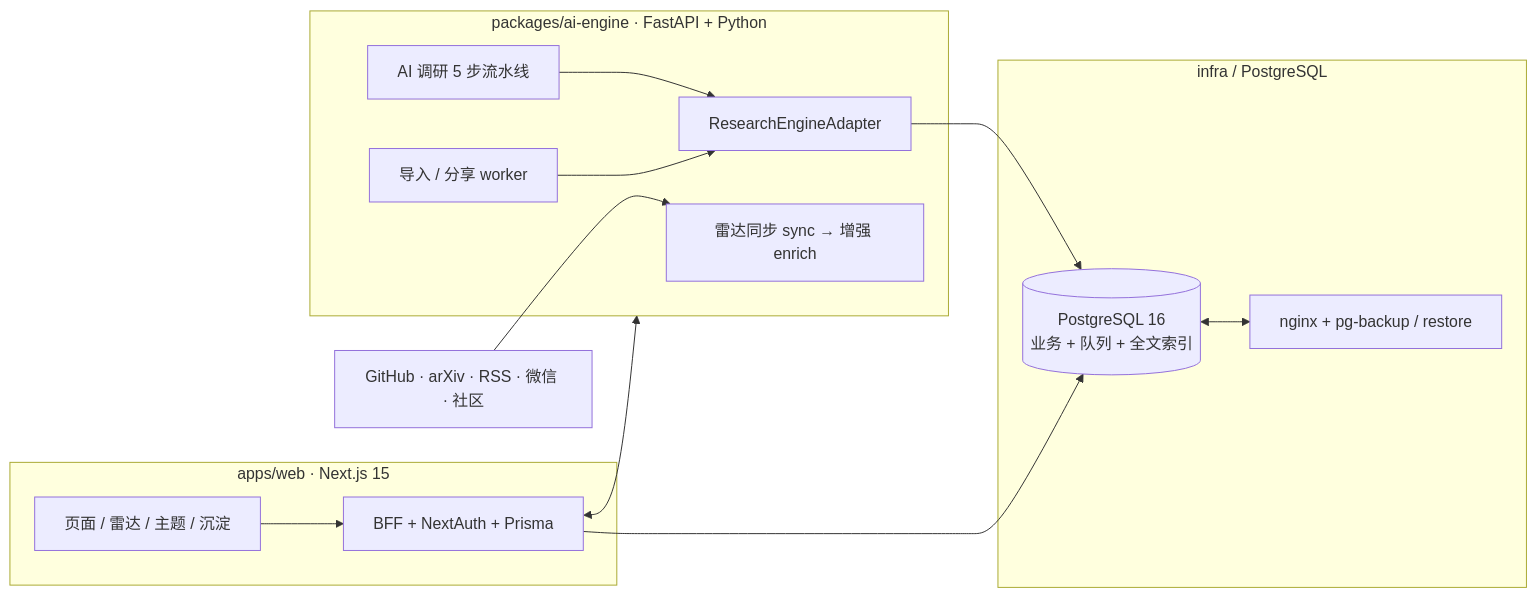
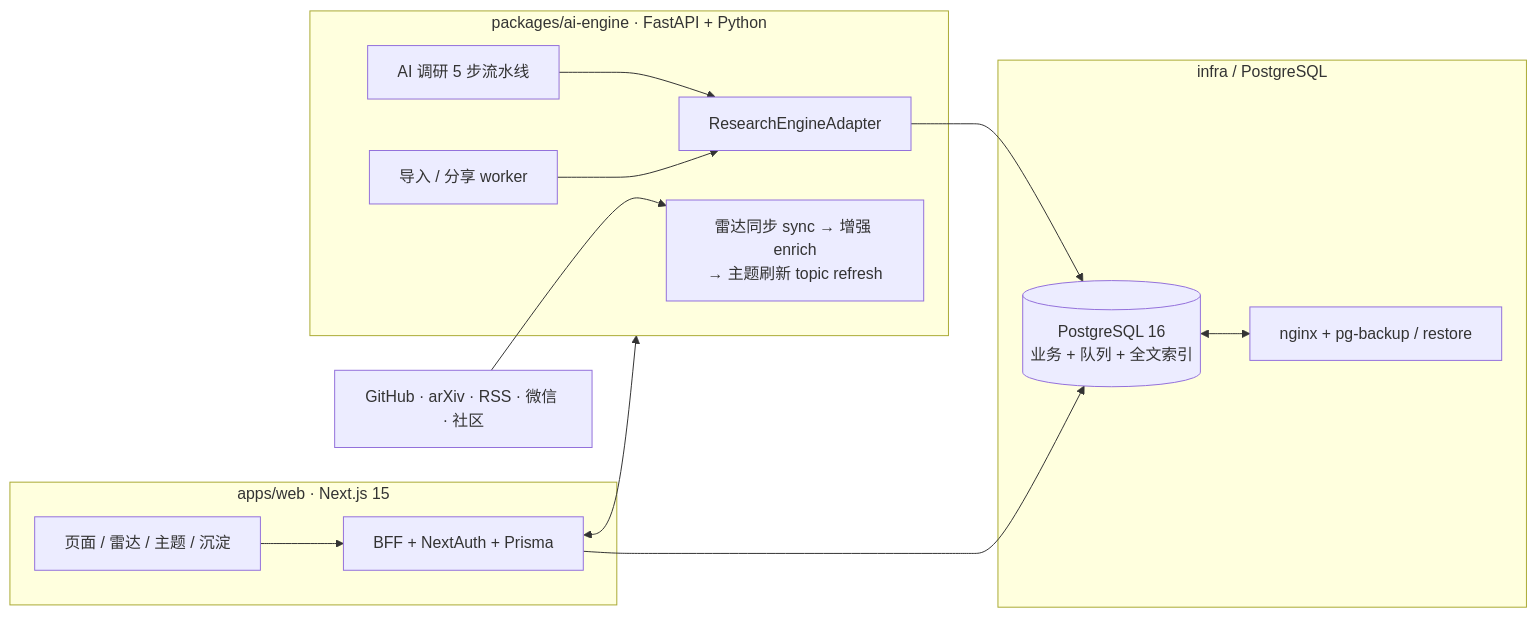
One commit to csbpku/deep_research changed the diagram in README.md. Above: the diagram before and after it, drawn with Mermaid. The commit also changed other lines of this file and 7 other files, not shown here.

````diff
--- a/README.md
+++ b/README.md
@@ -27,28 +27,28 @@
 ```mermaid
 flowchart LR
     subgraph Web["apps/web · Next.js 15"]
         UI["页面 / 雷达 / 主题 / 沉淀"]
         BFF["BFF + NextAuth + Prisma"]
     end
 
     subgraph Engine["packages/ai-engine · FastAPI + Python"]
-        Radar["雷达同步 sync → 增强 enrich"]
+        Radar["雷达同步 sync → 增强 enrich<br/>→ 主题刷新 topic refresh"]
         Research["AI 调研 5 步流水线"]
         Worker["导入 / 分享 worker"]
         Adapter["ResearchEngineAdapter"]
     end
 
     subgraph Infra["infra / PostgreSQL"]
         DB[("PostgreSQL 16<br/>业务 + 队列 + 全文索引")]
         Nginx["nginx + pg-backup / restore"]
     end
 
     Sources["GitHub · arXiv · RSS · 微信 · 社区"] --> Radar
     UI --> BFF
     BFF --> DB
     BFF <--> Engine
     Research --> Adapter
     Worker --> Adapter
     Adapter --> DB
     DB <--> Nginx
 ```
````
